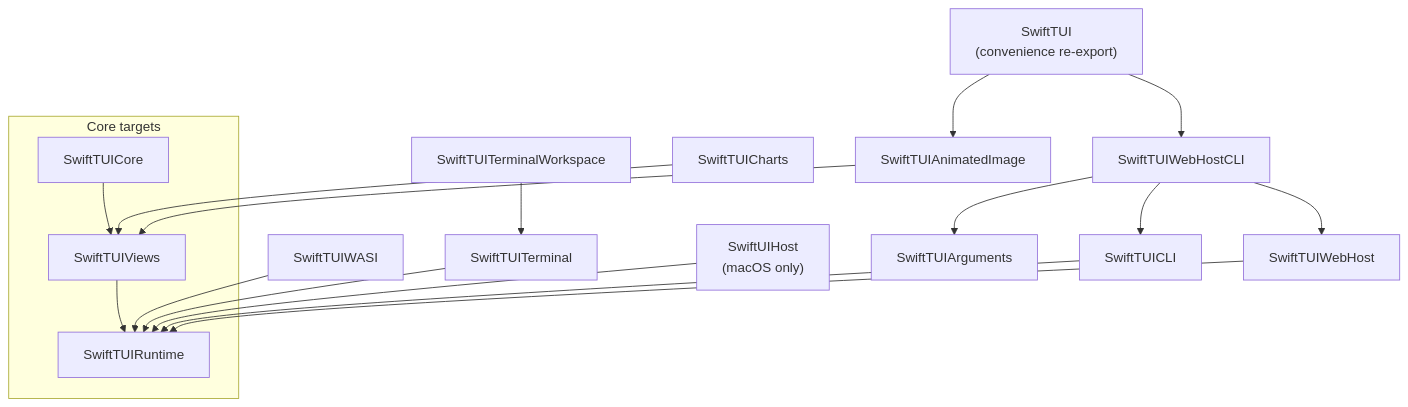
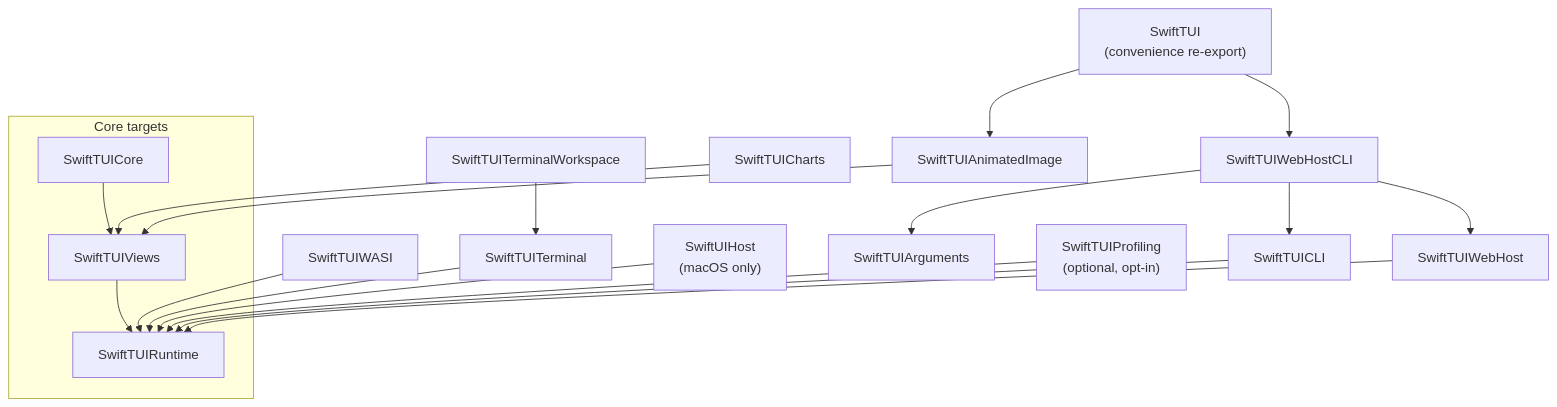
The second of 2 diagrams in docs/ARCHITECTURE.md (SwiftTUI/swift-tui), drawn with Mermaid before and after one commit. The commit also changed other lines of this file and 4 other files, not shown here.

First line of the commit message:
docs: document the SwiftTUIProfiling product

````diff
--- a/docs/ARCHITECTURE.md
+++ b/docs/ARCHITECTURE.md
@@ -40,27 +40,28 @@
 ```mermaid
 flowchart TD
     subgraph engine["Core targets"]
         SwiftTUICore
         SwiftTUIViews
         SwiftTUIRuntime
     end
     SwiftTUICore --> SwiftTUIViews
     SwiftTUIViews --> SwiftTUIRuntime
 
     SwiftTUIArguments
     SwiftTUICLI --> SwiftTUIRuntime
     SwiftTUI["SwiftTUI<br/>(convenience re-export)"]
     SwiftTUI --> SwiftTUIWebHostCLI
     SwiftTUI --> SwiftTUIAnimatedImage
 
     SwiftTUIWASI --> SwiftTUIRuntime
     SwiftTUIWebHost --> SwiftTUIRuntime
     SwiftTUIWebHostCLI --> SwiftTUIWebHost
     SwiftTUIWebHostCLI --> SwiftTUICLI
     SwiftTUIWebHostCLI --> SwiftTUIArguments
     SwiftUIHost["SwiftUIHost<br/>(macOS only)"] --> SwiftTUIRuntime
     SwiftTUITerminal --> SwiftTUIRuntime
     SwiftTUITerminalWorkspace --> SwiftTUITerminal
     SwiftTUICharts --> SwiftTUIViews
     SwiftTUIAnimatedImage --> SwiftTUIViews
+    SwiftTUIProfiling["SwiftTUIProfiling<br/>(optional, opt-in)"] --> SwiftTUIRuntime
 ```
````
